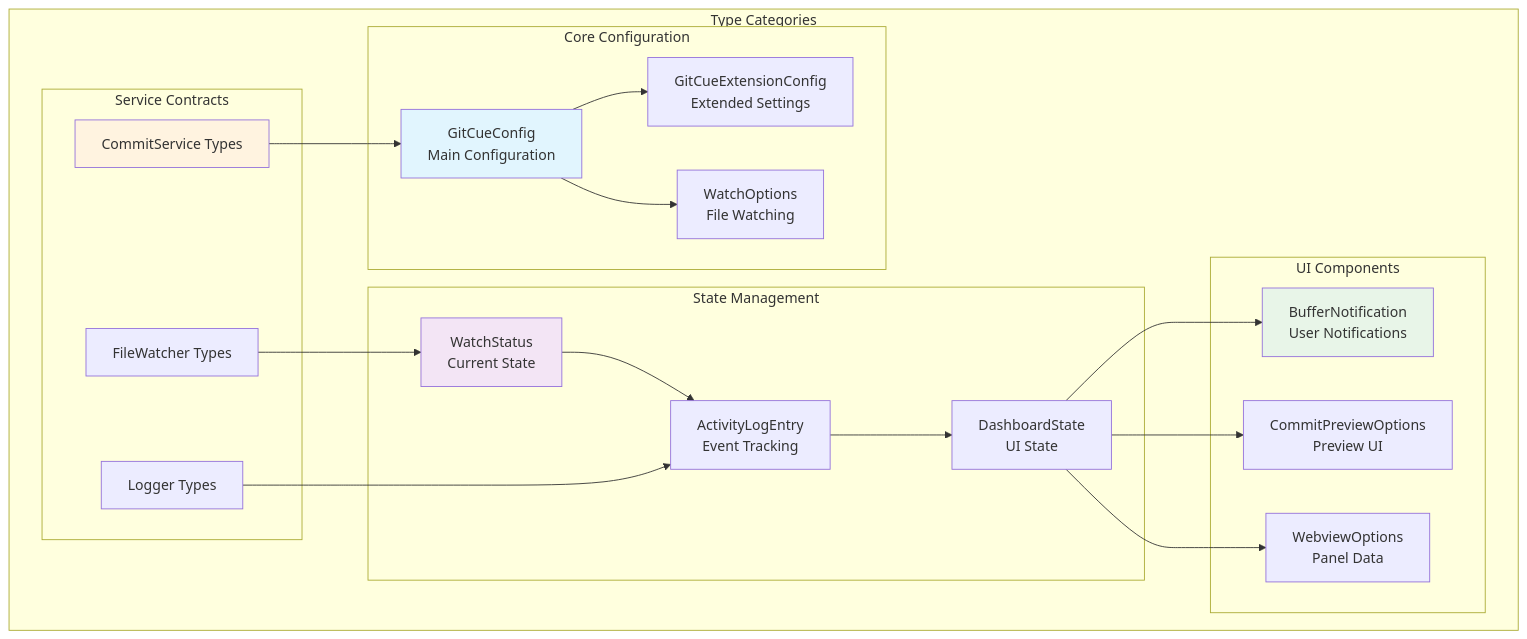
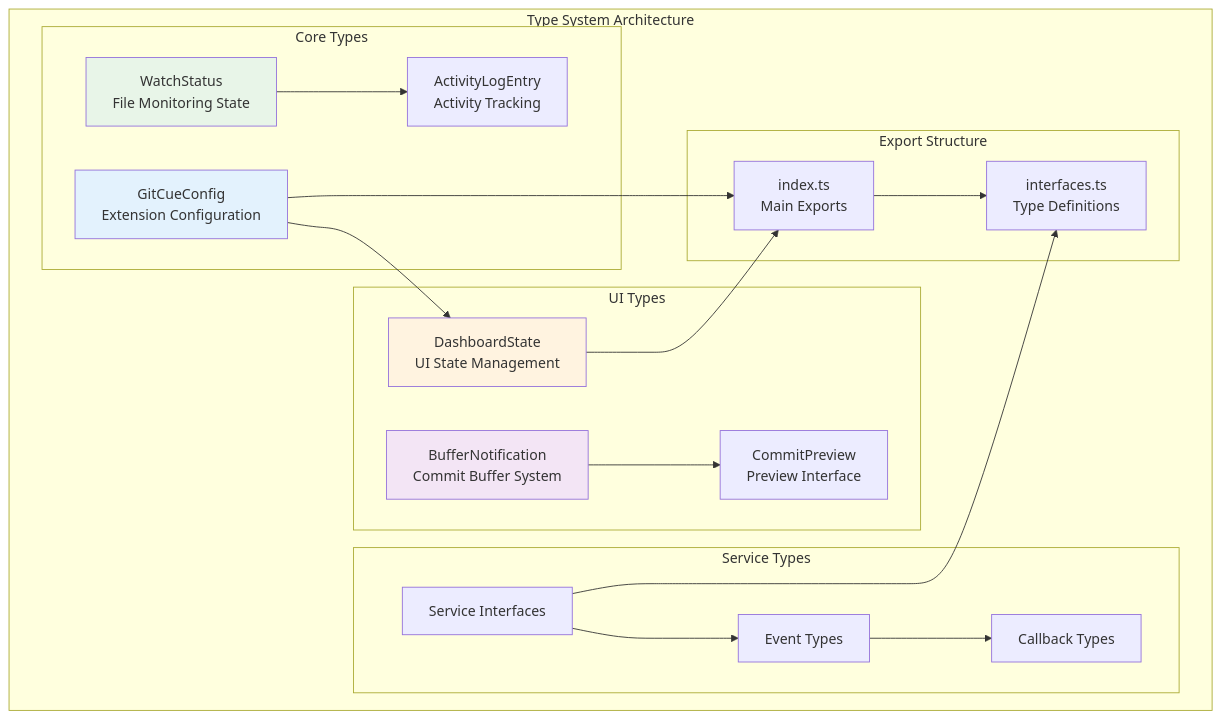
One commit to sbeeredd04/auto-git changed the first of 2 diagrams in gitcue/src/types/README.md. Above: the diagram before and after it, drawn with Mermaid. The commit also changed other lines of this file and 9 other files, not shown here.

````diff
--- a/gitcue/src/types/README.md
+++ b/gitcue/src/types/README.md
@@ -7,47 +7,43 @@
 ```mermaid
 graph TB
-    subgraph "Type Categories"
-        subgraph "Core Configuration"
-            CORE_CONFIG[GitCueConfig<br/>Main Configuration]
-            EXT_CONFIG[GitCueExtensionConfig<br/>Extended Settings]
-            WATCH_CONFIG[WatchOptions<br/>File Watching]
+    subgraph "Type System Architecture"
+        subgraph "Core Types"
+            CONFIG[GitCueConfig<br/>Extension Configuration]
+            WATCH[WatchStatus<br/>File Monitoring State]
+            ACTIVITY[ActivityLogEntry<br/>Activity Tracking]
         end
         
-        subgraph "State Management"
-            WATCH_STATUS[WatchStatus<br/>Current State]
-            ACTIVITY[ActivityLogEntry<br/>Event Tracking]
-            DASHBOARD[DashboardState<br/>UI State]
+        subgraph "UI Types"
+            DASH[DashboardState<br/>UI State Management]
+            BUFFER[BufferNotification<br/>Commit Buffer System]
+            PREVIEW[CommitPreview<br/>Preview Interface]
         end
         
-        subgraph "UI Components"
-            BUFFER[BufferNotification<br/>User Notifications]
-            PREVIEW[CommitPreviewOptions<br/>Preview UI]
-            WEBVIEW[WebviewOptions<br/>Panel Data]
+        subgraph "Service Types"
+            INTERFACES[Service Interfaces]
+            EVENTS[Event Types]
+            CALLBACKS[Callback Types]
         end
         
-        subgraph "Service Contracts"
-            COMMIT[CommitService Types]
-            WATCHER[FileWatcher Types]
-            LOGGER[Logger Types]
+        subgraph "Export Structure"
+            INDEX[index.ts<br/>Main Exports]
+            INTERFACES_FILE[interfaces.ts<br/>Type Definitions]
         end
     end
     
-    CORE_CONFIG --> EXT_CONFIG
-    CORE_CONFIG --> WATCH_CONFIG
+    CONFIG --> DASH
+    WATCH --> ACTIVITY
+    BUFFER --> PREVIEW
+    INTERFACES --> EVENTS
+    EVENTS --> CALLBACKS
     
-    WATCH_STATUS --> ACTIVITY
-    ACTIVITY --> DASHBOARD
+    CONFIG --> INDEX
+    DASH --> INDEX
+    INTERFACES --> INTERFACES_FILE
+    INDEX --> INTERFACES_FILE
     
-    DASHBOARD --> BUFFER
-    DASHBOARD --> PREVIEW
-    DASHBOARD --> WEBVIEW
-    
-    COMMIT --> CORE_CONFIG
-    WATCHER --> WATCH_STATUS
-    LOGGER --> ACTIVITY
-    
-    style CORE_CONFIG fill:#e1f5fe
-    style WATCH_STATUS fill:#f3e5f5
-    style BUFFER fill:#e8f5e8
-    style COMMIT fill:#fff3e0
+    style CONFIG fill:#e3f2fd
+    style WATCH fill:#e8f5e8
+    style DASH fill:#fff3e0
+    style BUFFER fill:#f3e5f5
 ```
````
